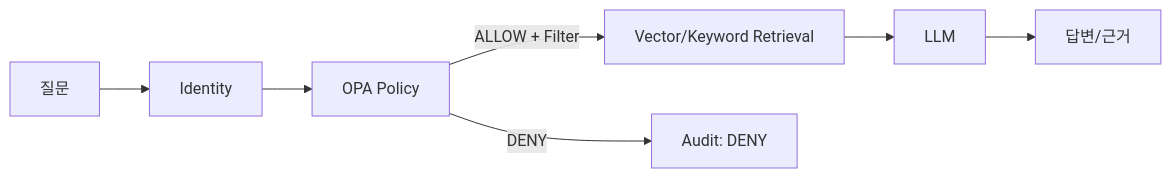
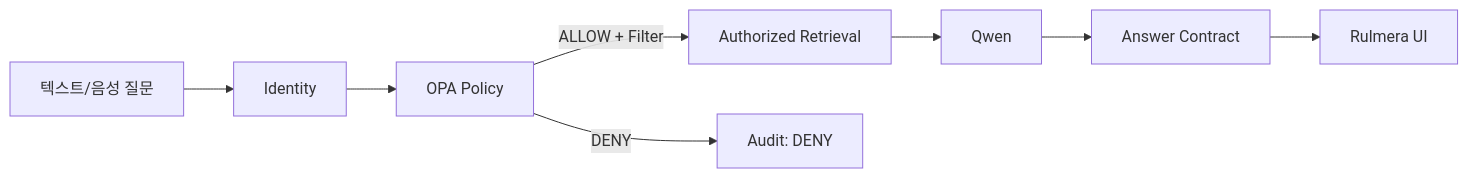
The diagram in rulmera-enterprise-knowledge/10-요구사항/04-보안-권한-요구사항.md (hori5000/Rulmera-OPA), drawn with Mermaid before and after one commit. The commit also changed other lines of this file and 38 other files, not shown here.

Commit message:
Sync Rulmera-OPA 전체 Vault 2026-09-16 15:48:24

````diff
--- a/rulmera-enterprise-knowledge/10-요구사항/04-보안-권한-요구사항.md
+++ b/rulmera-enterprise-knowledge/10-요구사항/04-보안-권한-요구사항.md
@@ -23,9 +24,10 @@
 ```mermaid
 flowchart LR
-  Q[질문] --> ID[Identity]
+  Q[텍스트/음성 질문] --> ID[Identity]
   ID --> OPA[OPA Policy]
-  OPA -->|ALLOW + Filter| V[Vector/Keyword Retrieval]
+  OPA -->|ALLOW + Filter| V[Authorized Retrieval]
   OPA -->|DENY| AUD[Audit: DENY]
-  V --> LLM[LLM]
-  LLM --> ANS[답변/근거]
+  V --> QW[Qwen]
+  QW --> ANS[Answer Contract]
+  ANS --> UI[Rulmera UI]
 ```
````
